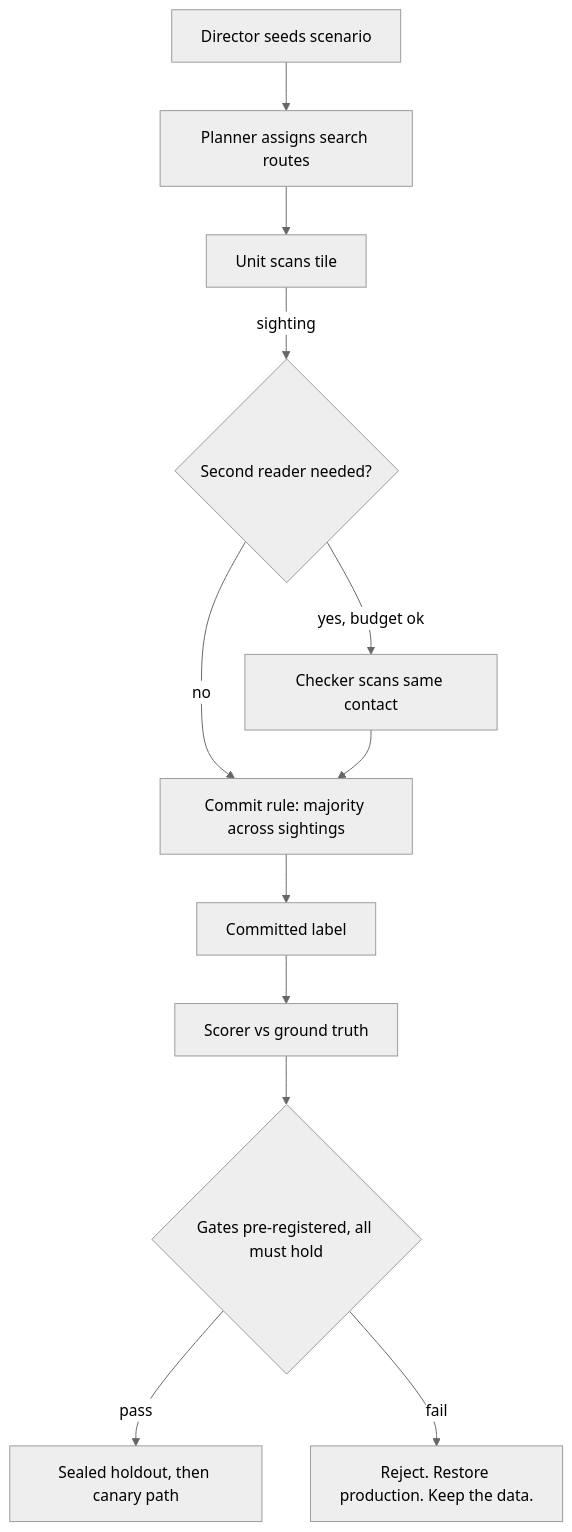
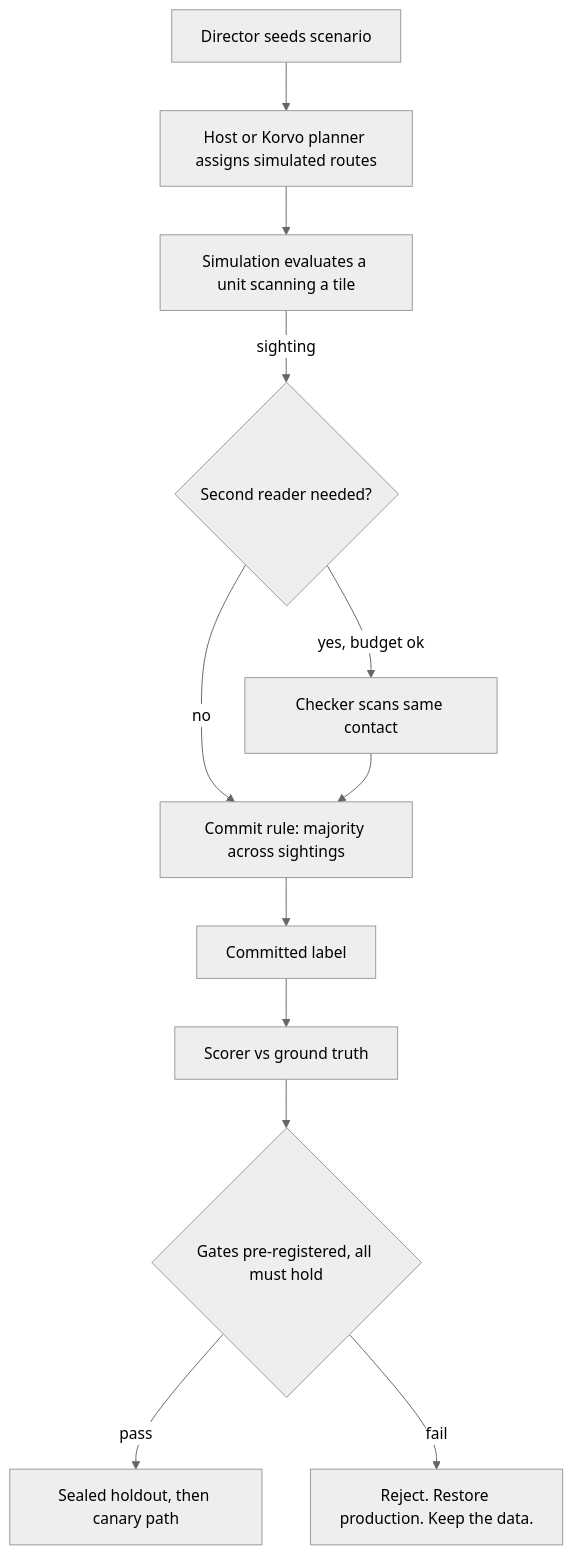
One commit to drishdigreen-spec/flockinator-public changed the diagram in docs/results/README.md. Above: the diagram before and after it, drawn with Mermaid (neutral theme). The commit also changed other lines of this file and 8 other files, not shown here.

````diff
--- a/docs/results/README.md
+++ b/docs/results/README.md
@@ -31,14 +36,14 @@
 ```mermaid
 flowchart TD
-  A[Director seeds scenario] --> B[Planner assigns search routes]
-  B --> C[Unit scans tile]
+  A[Director seeds scenario] --> B[Host or Korvo planner assigns simulated routes]
+  B --> C[Simulation evaluates a unit scanning a tile]
   C -->|sighting| D{Second reader needed?}
   D -->|yes, budget ok| E[Checker scans same contact]
   D -->|no| F[Commit rule: majority across sightings]
   E --> F
   F --> G[Committed label]
   G --> H[Scorer vs ground truth]
   H --> I{Gates pre-registered, all must hold}
   I -->|pass| J[Sealed holdout, then canary path]
   I -->|fail| K[Reject. Restore production. Keep the data.]
 ```
````
